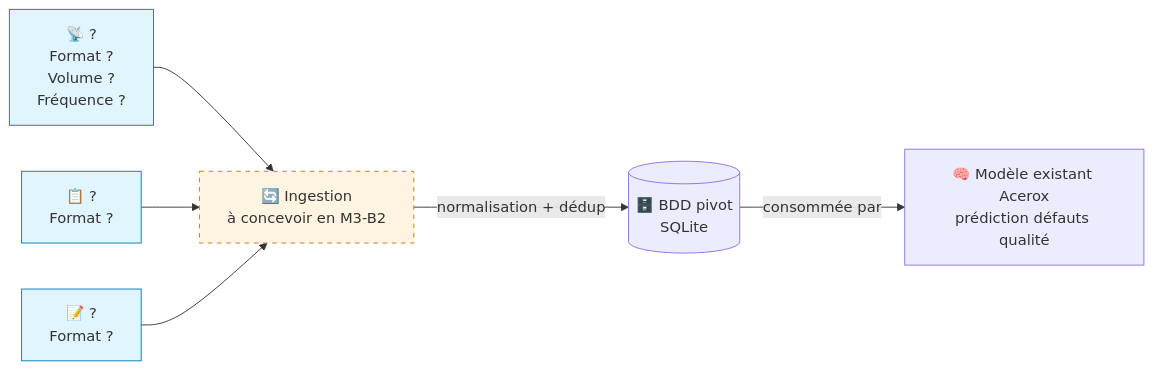
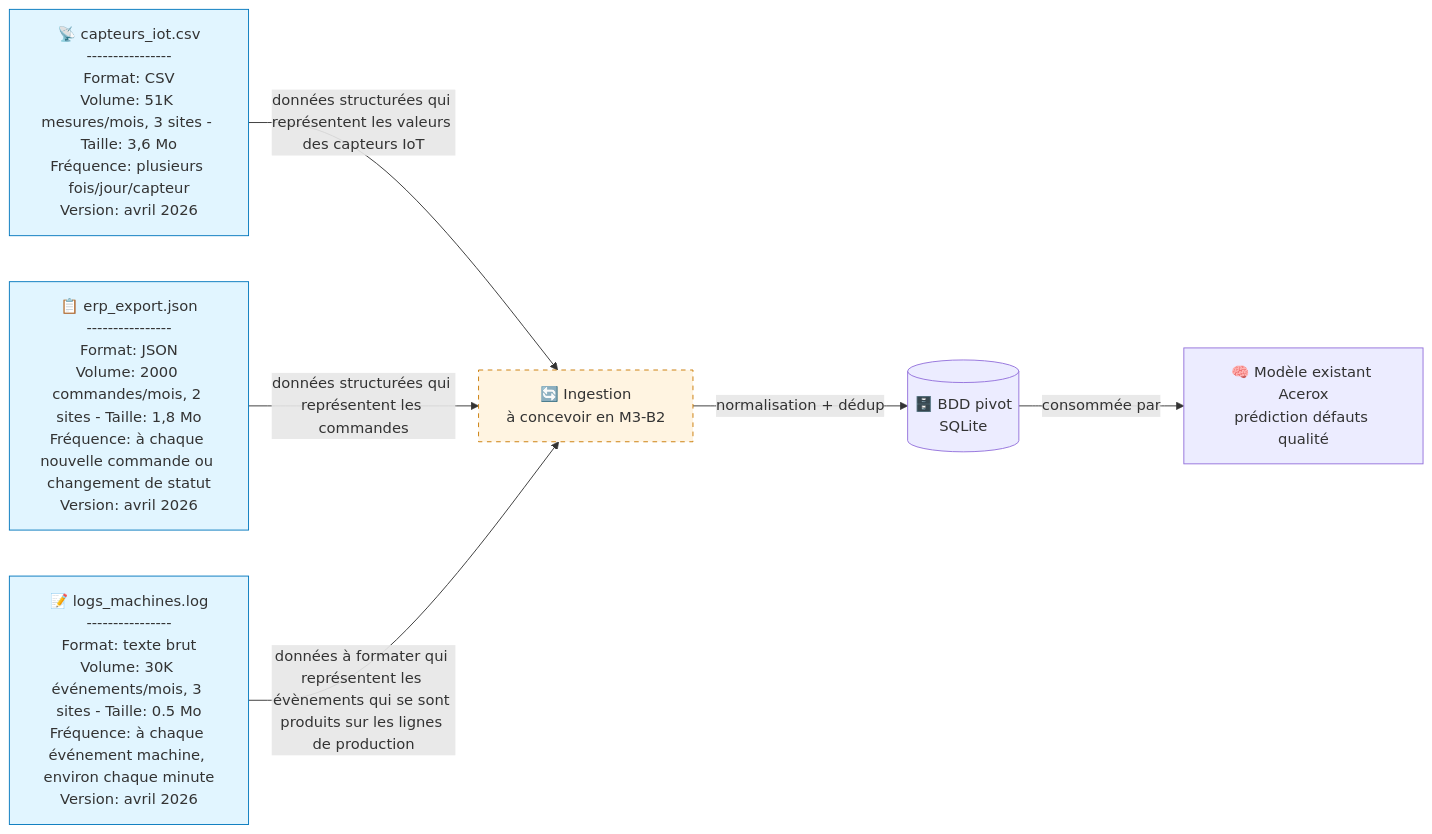
The diagram in flux_donnees.md (Celia-34/M3-B1-acerox-celia), drawn with Mermaid before and after one commit. The commit also changed other lines of this file, not shown here.

Commit message:
feat(flux): task4 schématisation des flux dans diagramme mermaid

````diff
--- a/flux_donnees.md
+++ b/flux_donnees.md
@@ -13,23 +13,21 @@
 ```mermaid
 flowchart LR
-    %% TODO — Compléter avec tes 3 sources retenues + 1 bonus si traité
-
-    SRC1[📡 ?<br/>Format ?<br/>Volume ?<br/>Fréquence ?]
-    SRC2[📋 ?<br/>Format ?]
-    SRC3[📝 ?<br/>Format ?]
+    SRC1[📡 capteurs_iot.csv<br/>----------------<br/>Format: CSV<br/>Volume: 51K mesures/mois, 3 sites - Taille: 3,6 Mo<br/>Fréquence: plusieurs fois/jour/capteur<br/>Version: avril 2026]
+    SRC2[📋 erp_export.json<br/>----------------<br/>Format: JSON<br/>Volume: 2000 commandes/mois, 2 sites - Taille: 1,8 Mo<br/>Fréquence: à chaque nouvelle commande ou changement de statut<br/>Version: avril 2026]
+    SRC3[📝 logs_machines.log<br/>----------------<br/>Format: texte brut<br/>Volume: 30K événements/mois, 3 sites - Taille: 0.5 Mo<br/>Fréquence: à chaque événement machine, environ chaque minute<br/>Version: avril 2026]
 
     INGEST[🔄 Ingestion<br/>à concevoir en M3-B2]
     BDD[(🗄️ BDD pivot<br/>SQLite)]
     MODEL[🧠 Modèle existant Acerox<br/>prédiction défauts qualité]
 
-    SRC1 --> INGEST
-    SRC2 --> INGEST
-    SRC3 --> INGEST
+    SRC1 -->|données structurées qui représentent les valeurs des capteurs IoT| INGEST
+    SRC2 -->|données structurées qui représentent les commandes| INGEST
+    SRC3 -->|données à formater qui représentent les évènements qui se sont produits sur les lignes de production| INGEST
     INGEST -->|normalisation + dédup| BDD
     BDD -->|consommée par| MODEL
 
-    classDef source fill:#e1f5ff,stroke:#0277bd
-    classDef tofix fill:#fff4e1,stroke:#c97a00,stroke-dasharray: 5 5
+    classDef source fill:#e1f5ff,stroke:#0277bd,color:#333333
+    classDef tofix fill:#fff4e1,stroke:#c97a00,color:#333333,stroke-dasharray: 5 5
     class SRC1,SRC2,SRC3 source
     class INGEST tofix
 ```
````
